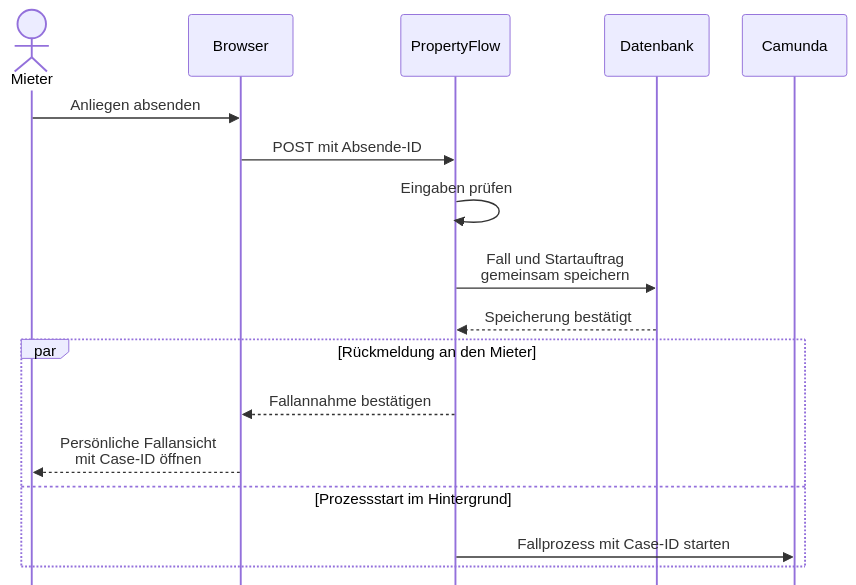
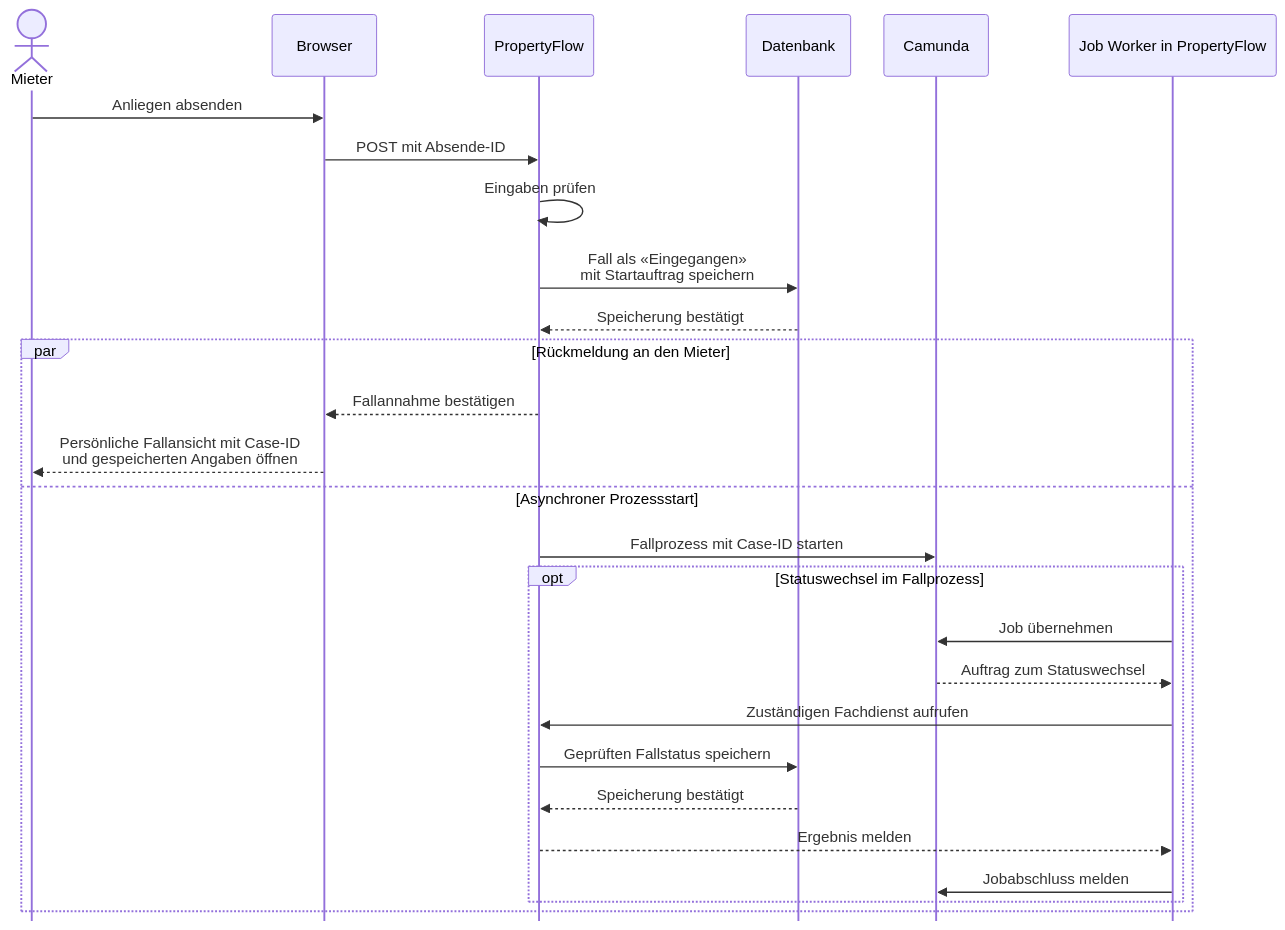
One commit to permarco/propertyflow changed the second of 2 diagrams in docs/use_cases/UC-001-mieteranliegen-einreichen.md. Above: the diagram before and after it, drawn with Mermaid. The commit also changed other lines of this file and 67 other files, not shown here.

Commit message:
docs: Fallbesitz und Übergabe von Intake an Case Processing festhalten

````diff
--- a/docs/use_cases/UC-001-mieteranliegen-einreichen.md
+++ b/docs/use_cases/UC-001-mieteranliegen-einreichen.md
@@ -55,27 +55,37 @@
 ```mermaid
 ---
 config:
   sequence:
     actorMargin: 35
     mirrorActors: false
     width: 110
 ---
 sequenceDiagram
     actor M as Mieter
     participant B as Browser
     participant PF as PropertyFlow
     participant DB as Datenbank
     participant C as Camunda
+    participant W as Job Worker in PropertyFlow
 
     M->>B: Anliegen absenden
     B->>PF: POST mit Absende-ID
     PF->>PF: Eingaben prüfen
-    PF->>DB: Fall und Startauftrag<br/>gemeinsam speichern
+    PF->>DB: Fall als «Eingegangen»<br/>mit Startauftrag speichern
     DB-->>PF: Speicherung bestätigt
     par Rückmeldung an den Mieter
         PF-->>B: Fallannahme bestätigen
-        B-->>M: Persönliche Fallansicht<br/>mit Case-ID öffnen
-    and Prozessstart im Hintergrund
+        B-->>M: Persönliche Fallansicht mit Case-ID<br/>und gespeicherten Angaben öffnen
+    and Asynchroner Prozessstart
         PF->>C: Fallprozess mit Case-ID starten
+        opt Statuswechsel im Fallprozess
+            W->>C: Job übernehmen
+            C-->>W: Auftrag zum Statuswechsel
+            W->>PF: Zuständigen Fachdienst aufrufen
+            PF->>DB: Geprüften Fallstatus speichern
+            DB-->>PF: Speicherung bestätigt
+            PF-->>W: Ergebnis melden
+            W->>C: Jobabschluss melden
+        end
     end
 ```
````
